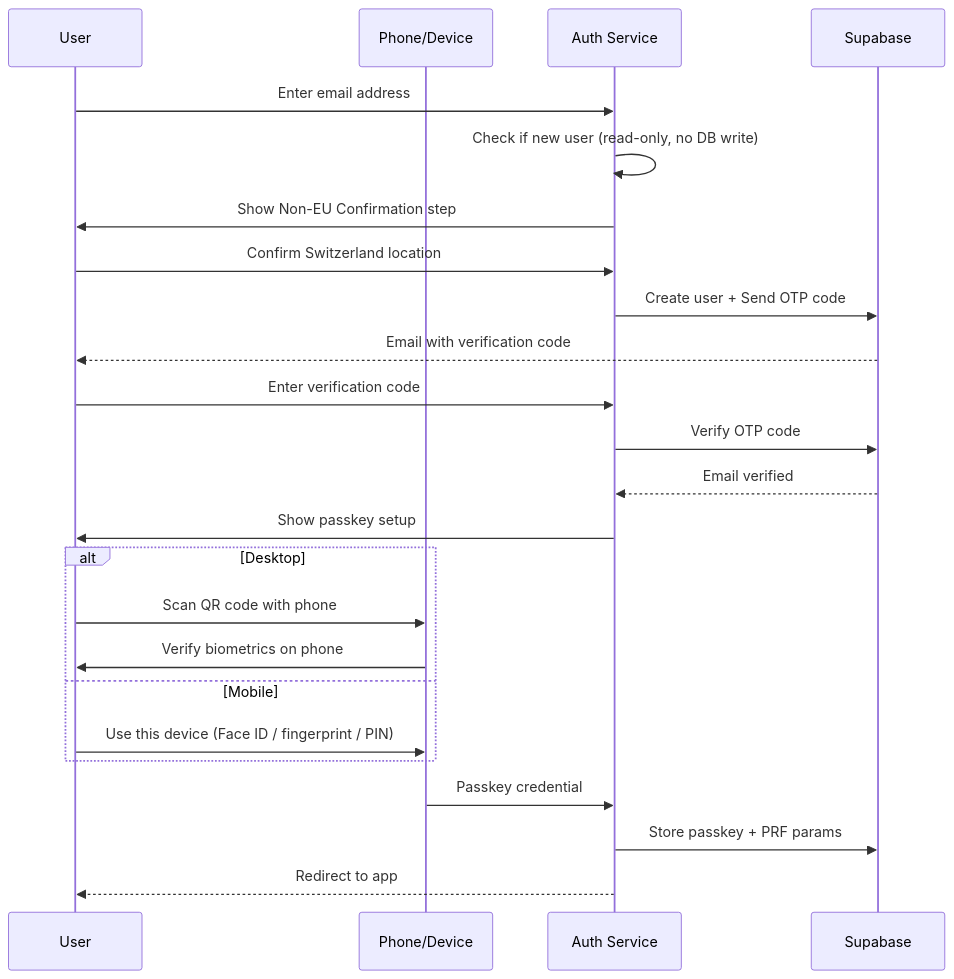
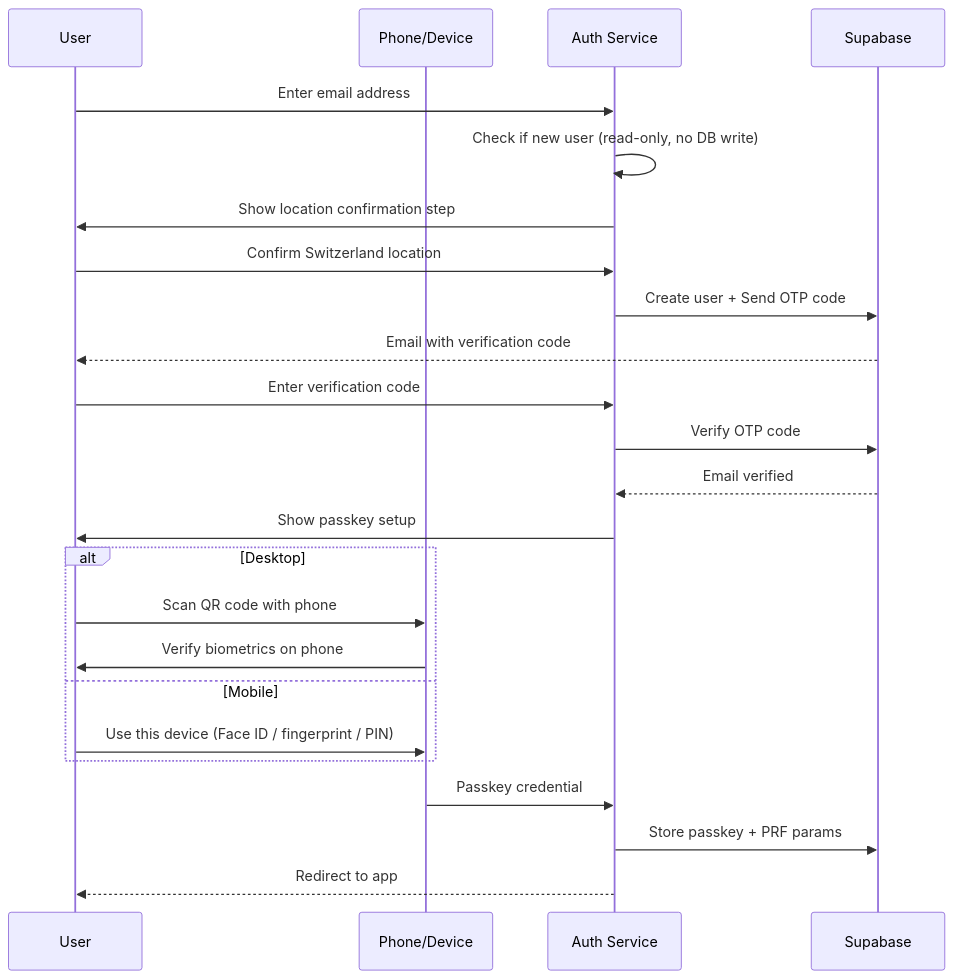
Before and after one commit to CasparRubin/helvety: the first of 2 diagrams in apps/auth/README.md, drawn with Mermaid. The commit also changed other lines of this file and 24 other files, not shown here.

````diff
--- a/apps/auth/README.md
+++ b/apps/auth/README.md
@@ -65,27 +65,27 @@
 ```mermaid
 sequenceDiagram
     participant U as User
     participant P as Phone/Device
     participant A as Auth Service
     participant S as Supabase
 
     U->>A: Enter email address
     A->>A: Check if new user (read-only, no DB write)
-    A->>U: Show Non-EU Confirmation step
+    A->>U: Show location confirmation step
     U->>A: Confirm Switzerland location
     A->>S: Create user + Send OTP code
     S-->>U: Email with verification code
     U->>A: Enter verification code
     A->>S: Verify OTP code
     S-->>A: Email verified
     A->>U: Show passkey setup
     alt Desktop
       U->>P: Scan QR code with phone
       P->>U: Verify biometrics on phone
     else Mobile
       U->>P: Use this device (Face ID / fingerprint / PIN)
     end
     P->>A: Passkey credential
     A->>S: Store passkey + PRF params
     A-->>U: Redirect to app
 ```
````
